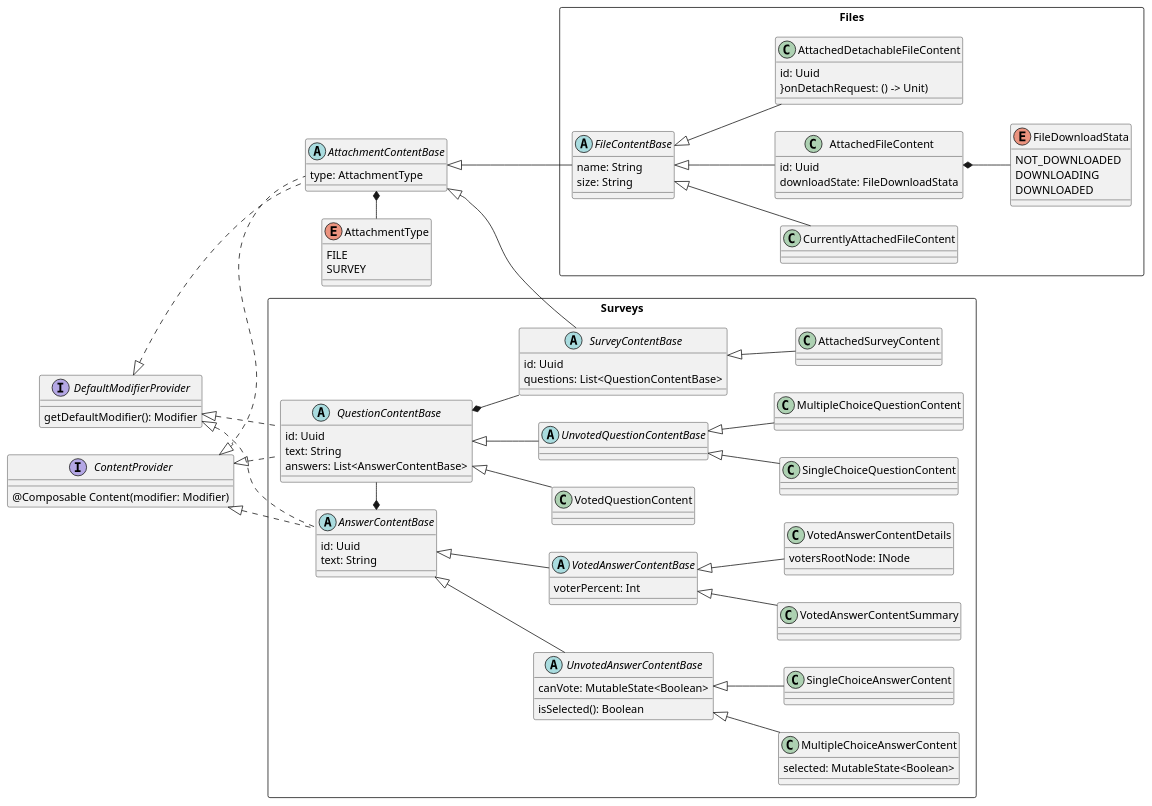
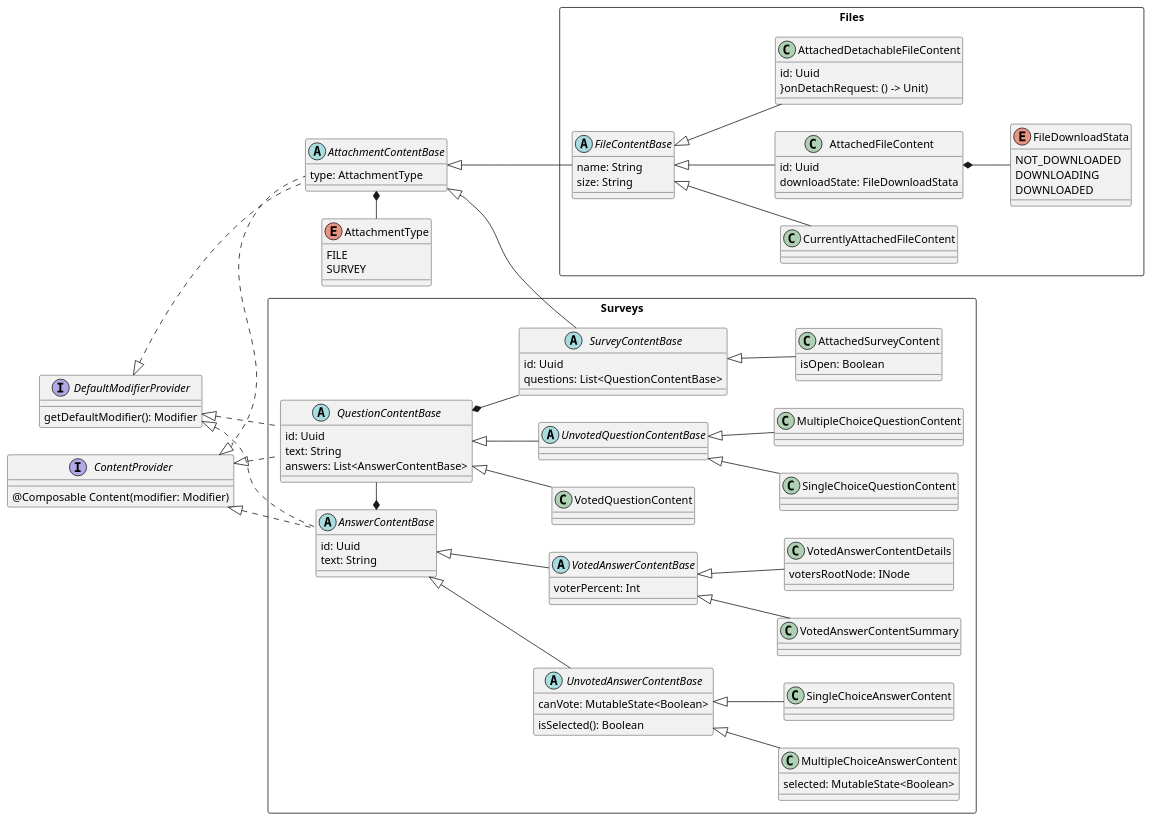
One commit to astu-app/ASTU-APP changed the diagram in features/bulletinBoardFeature/src/commonMain/kotlin/org/astu/feature/bulletinBoard/views/components/attachments/attachments.puml. Above: the diagram before and after it, drawn with PlantUML. The commit also changed 51 other files, not shown here.

```diff
--- a/features/bulletinBoardFeature/src/commonMain/kotlin/org/astu/feature/bulletinBoard/views/components/attachments/attachments.puml
+++ b/features/bulletinBoardFeature/src/commonMain/kotlin/org/astu/feature/bulletinBoard/views/components/attachments/attachments.puml
@@ -1,115 +1,116 @@
 @startuml
 'https://plantuml.com/class-diagram
 
 left to right direction
 
 interface DefaultModifierProvider {
     getDefaultModifier(): Modifier
 }
 interface ContentProvider {
     @Composable Content(modifier: Modifier)
 }
 
 enum AttachmentType {
     FILE
     SURVEY
 }
 
 abstract class AttachmentContentBase {
     type: AttachmentType
 }
 ContentProvider <|.. AttachmentContentBase
 DefaultModifierProvider <|.. AttachmentContentBase
 AttachmentContentBase *-right- AttachmentType
 
 
 '''''''''''''''''''''''''''''''' ФАЙЛЫ
 rectangle Files {
     abstract class FileContentBase {
         name: String
         size: String
     }
     AttachmentContentBase <|-- FileContentBase
 
     class CurrentlyAttachedFileContent extends FileContentBase { }
 
     enum FileDownloadStata {
         NOT_DOWNLOADED
         DOWNLOADING
         DOWNLOADED
     }
 
     class AttachedFileContent extends FileContentBase {
         id: Uuid
         downloadState: FileDownloadStata
     }
     AttachedFileContent *-down- FileDownloadStata
 
     class AttachedDetachableFileContent extends FileContentBase {
         id: Uuid
         {field} }onDetachRequest: () -> Unit)
     }
 }
 
 '''''''''''''''''''''''''''''''' ОПРОСЫ
 rectangle Surveys {
     ''''''''''''' Варианты ответов
     abstract class AnswerContentBase{
             id: Uuid
         text: String
     }
     ContentProvider <|.. AnswerContentBase
     DefaultModifierProvider <|.. AnswerContentBase
     abstract class UnvotedAnswerContentBase extends AnswerContentBase {
         canVote: MutableState<Boolean>
         isSelected(): Boolean
     }
     class MultipleChoiceAnswerContent extends UnvotedAnswerContentBase {
         selected: MutableState<Boolean>
     }
     class SingleChoiceAnswerContent extends UnvotedAnswerContentBase {
     }
 
     abstract class VotedAnswerContentBase extends AnswerContentBase {
         voterPercent: Int
     }
     class VotedAnswerContentSummary extends VotedAnswerContentBase {
 
     }
     class VotedAnswerContentDetails extends VotedAnswerContentBase {
         votersRootNode: INode
     }
 
     ''''''''''''' Вопросы
     abstract class QuestionContentBase {
         id: Uuid
         text: String
         answers: List<AnswerContentBase>
     }
     ContentProvider <|.. QuestionContentBase
     DefaultModifierProvider <|.. QuestionContentBase
     AnswerContentBase *-right- QuestionContentBase
 
     abstract class UnvotedQuestionContentBase extends QuestionContentBase {
     }
     class MultipleChoiceQuestionContent extends UnvotedQuestionContentBase {
     }
     class SingleChoiceQuestionContent extends UnvotedQuestionContentBase {
     }
     class VotedQuestionContent extends QuestionContentBase {
     }
 
 
     ''''''''''''' Опросы
     abstract class SurveyContentBase {
         id: Uuid
         questions: List<QuestionContentBase>
     }
     AttachmentContentBase <|-- SurveyContentBase
     QuestionContentBase *-- SurveyContentBase
 
     class AttachedSurveyContent extends SurveyContentBase {
+        isOpen: Boolean
     }
 }
 
 @enduml
```
